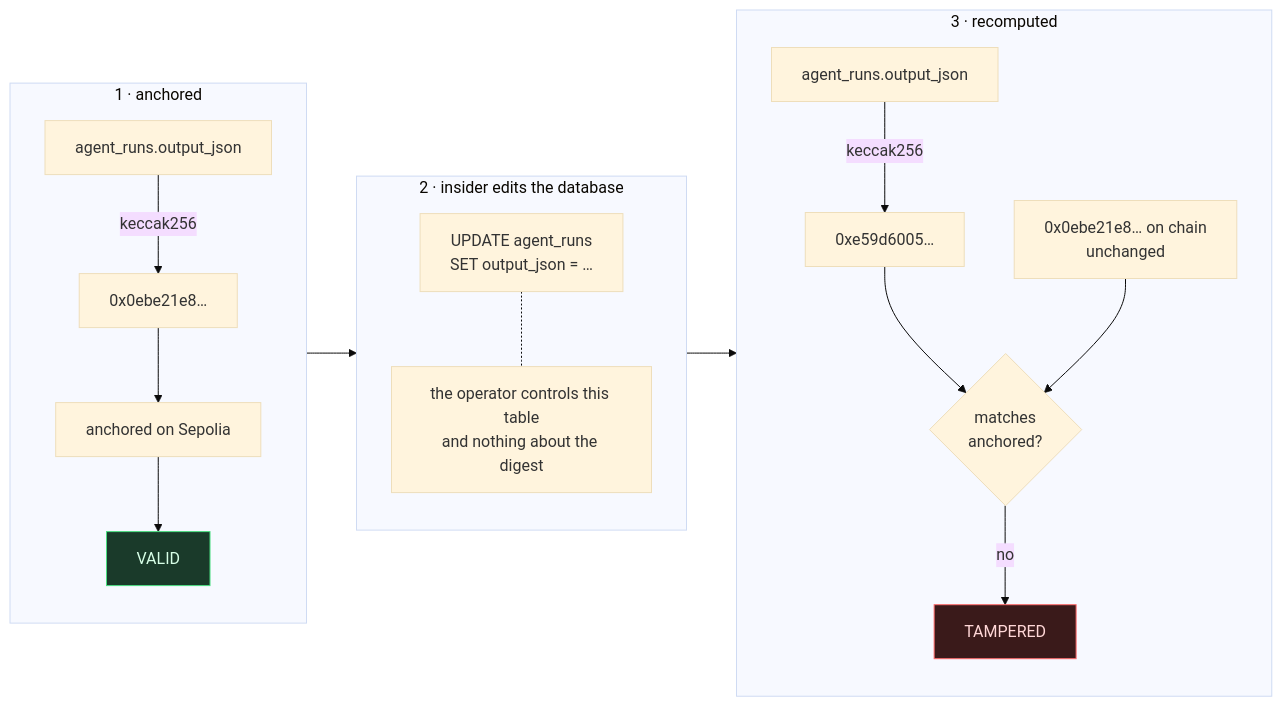
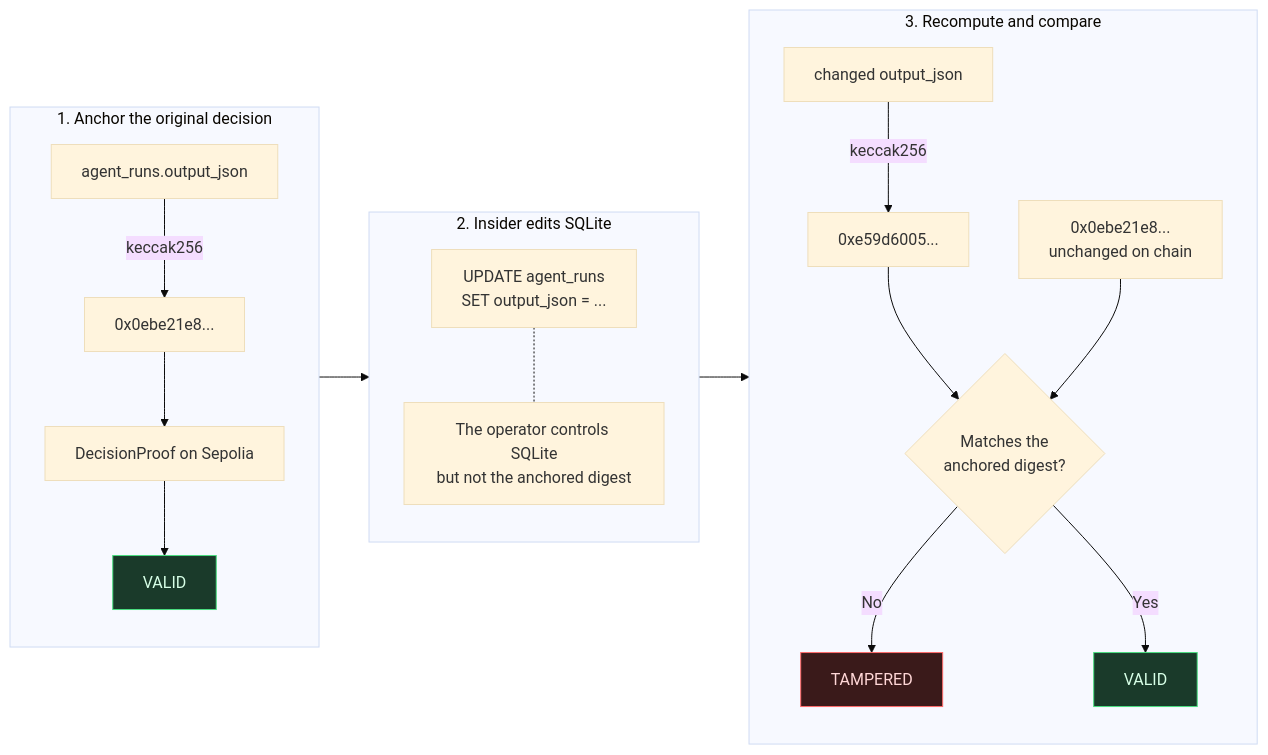
Before and after one commit to Nikhil0075/agentsphere-secureops: the third of 5 diagrams in docs/architecture.md, drawn with Mermaid (base theme). The commit also changed other lines of this file, not shown here.

Commit message:
docs: repair architecture diagrams

````diff
--- a/docs/architecture.md
+++ b/docs/architecture.md
@@ -132,28 +155,29 @@
 ```mermaid
 flowchart LR
-    subgraph before["1 · anchored"]
-        o1["agent_runs.output_json"] -->|keccak256| h1["0x0ebe21e8…"]
-        h1 --> a1["anchored on Sepolia"]
-        a1 --> v1["VALID"]
+    subgraph anchored["1. Anchor the original decision"]
+        original["agent_runs.output_json"] -->|keccak256| originalHash["0x0ebe21e8..."]
+        originalHash --> sepolia["DecisionProof on Sepolia"]
+        sepolia --> valid["VALID"]
     end
 
-    subgraph attack["2 · insider edits the database"]
-        o2["UPDATE agent_runs<br/>SET output_json = …"]
-        note["the operator controls this table<br/>and nothing about the digest"]
-        o2 -.- note
+    subgraph edit["2. Insider edits SQLite"]
+        update["UPDATE agent_runs<br/>SET output_json = ..."]
+        boundary["The operator controls SQLite<br/>but not the anchored digest"]
+        update -.- boundary
     end
 
-    subgraph after["3 · recomputed"]
-        o3["agent_runs.output_json"] -->|keccak256| h3["0xe59d6005…"]
-        h3 --> cmp{"matches<br/>anchored?"}
-        a3["0x0ebe21e8… on chain<br/>unchanged"] --> cmp
-        cmp -->|no| v3["TAMPERED"]
+    subgraph verify["3. Recompute and compare"]
+        changed["changed output_json"] -->|keccak256| changedHash["0xe59d6005..."]
+        changedHash --> comparison{"Matches the<br/>anchored digest?"}
+        unchanged["0x0ebe21e8...<br/>unchanged on chain"] --> comparison
+        comparison -->|No| tampered["TAMPERED"]
+        comparison -->|Yes| stillValid["VALID"]
     end
 
-    before --> attack --> after
+    anchored --> edit --> verify
 
     classDef bad fill:#3a1a1a,stroke:#ff6b6b,color:#ffd7d7
     classDef good fill:#1a3a2a,stroke:#4ade80,color:#d7ffe7
-    class v3 bad
-    class v1 good
+    class tampered bad
+    class valid,stillValid good
 ```
````
